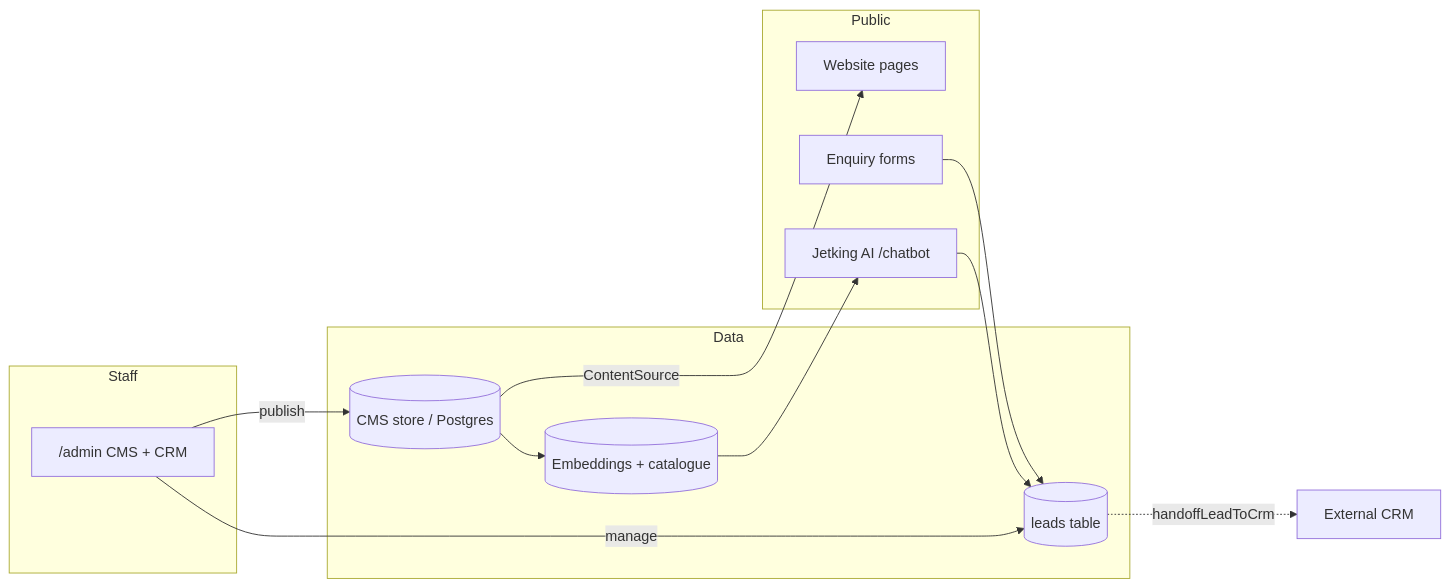
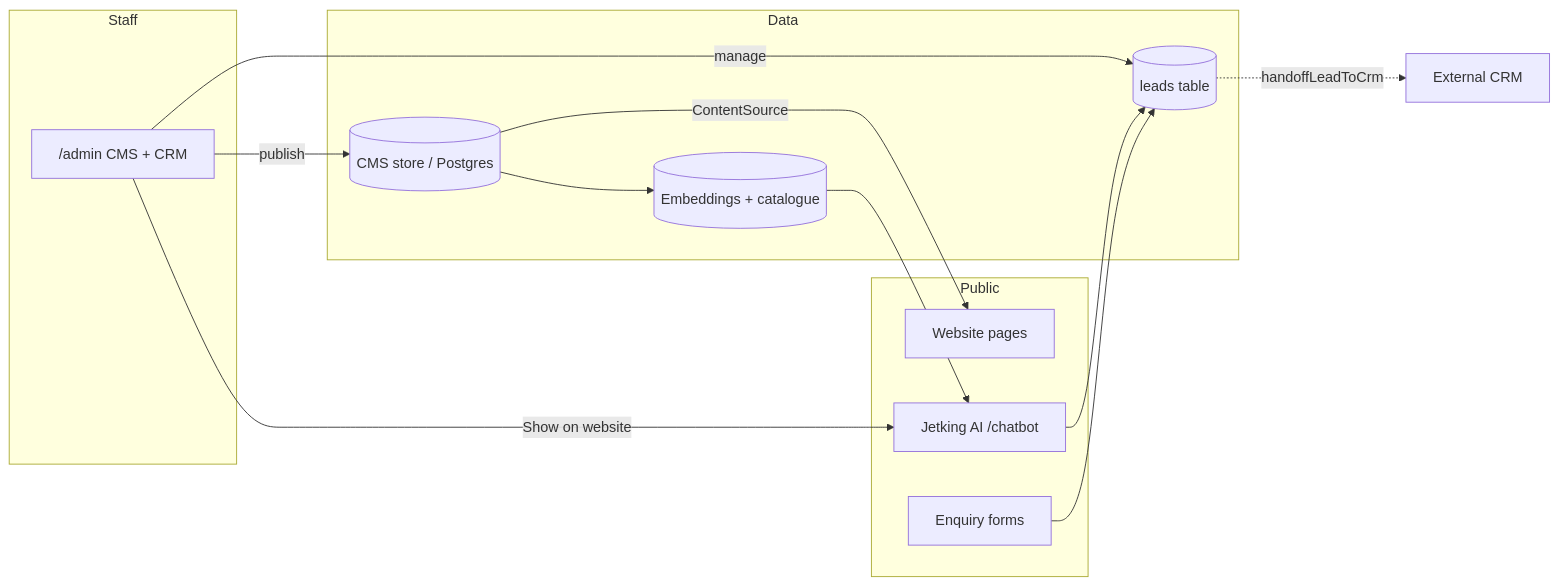
Before and after one commit to fe-techTeam/jetking-website-new: the diagram in docs/INDEX.md, drawn with Mermaid. The commit also changed other lines of this file and 116 other files, not shown here.

````diff
--- a/docs/INDEX.md
+++ b/docs/INDEX.md
@@ -28,24 +29,25 @@
 ```mermaid
 flowchart LR
   subgraph Public
     W[Website pages]
     C[Jetking AI /chatbot]
     E[Enquiry forms]
   end
   subgraph Staff
     A["/admin CMS + CRM"]
   end
   subgraph Data
     CMS[(CMS store / Postgres)]
     LEADS[(leads table)]
     KB[(Embeddings + catalogue)]
   end
   A -->|publish| CMS
   CMS -->|ContentSource| W
   CMS --> KB
   KB --> C
+  A -->|Show on website| C
   E --> LEADS
   C --> LEADS
   A -->|manage| LEADS
   LEADS -.->|handoffLeadToCrm| CRM[External CRM]
 ```
````
